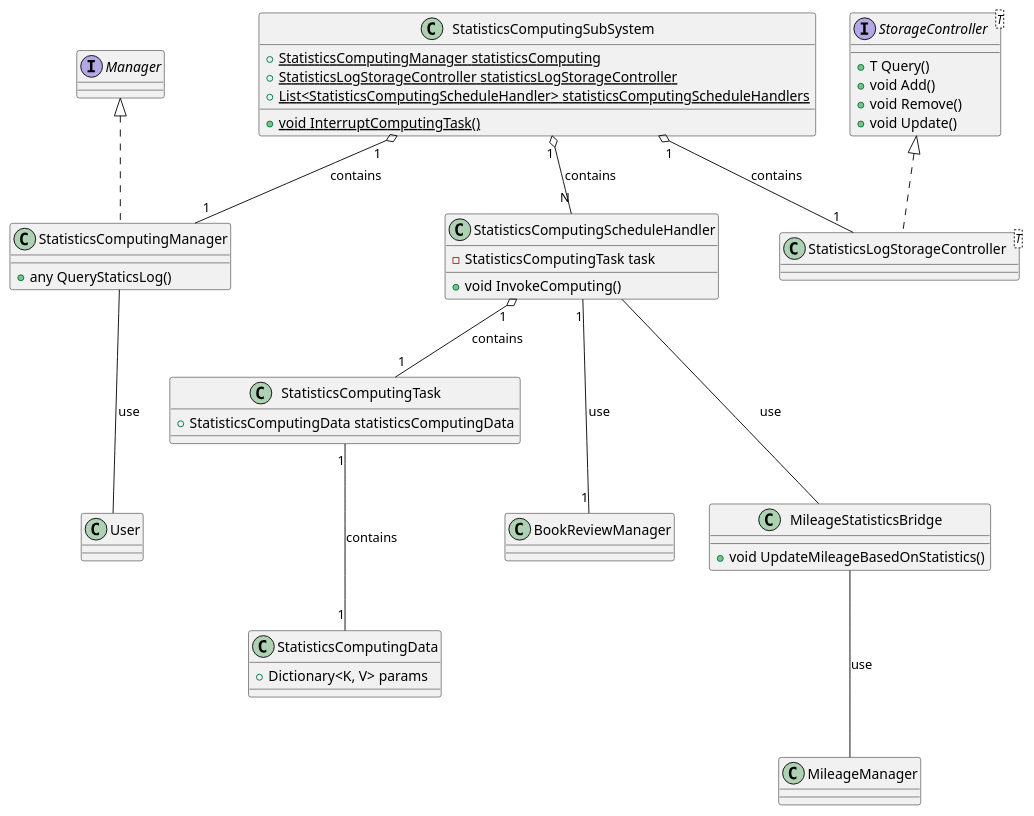
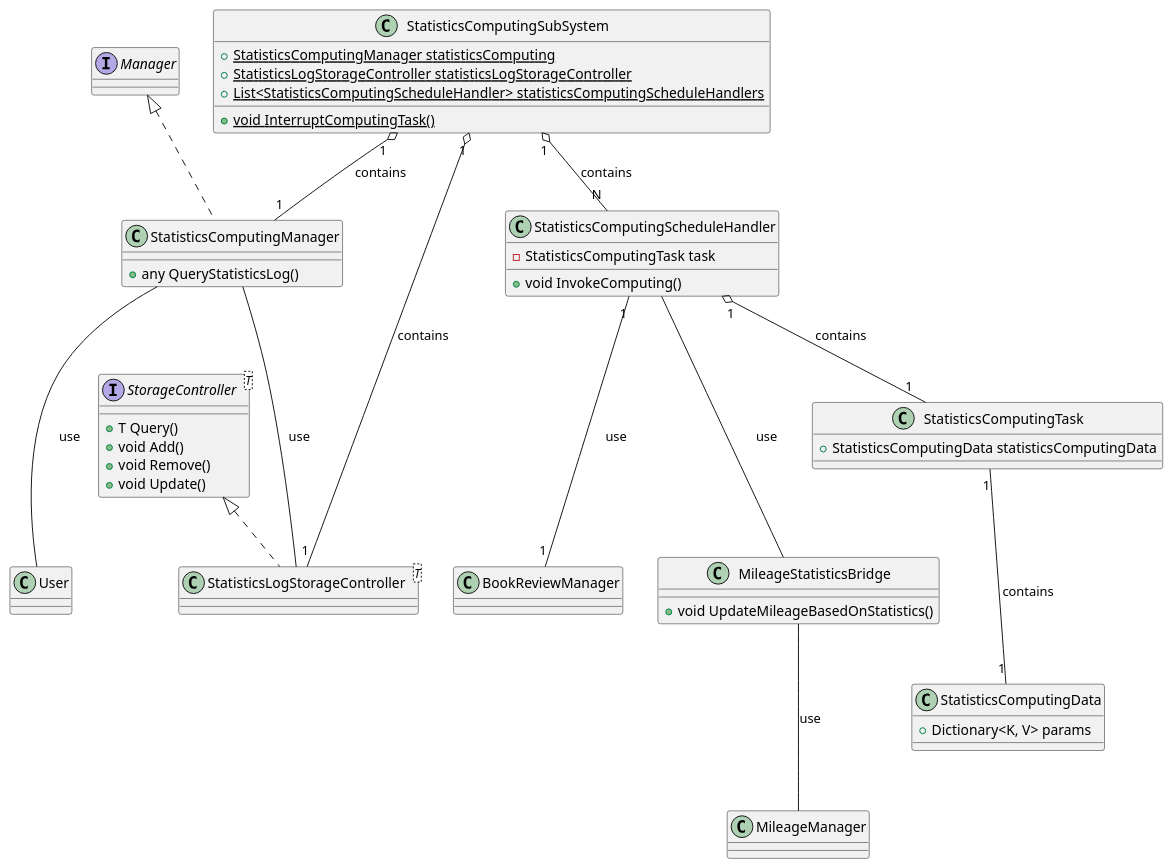
The diagram in src/Statistics.puml (ShapeLayer/se-lecture-task__project-structure-definitions), drawn with PlantUML before and after one commit. The commit also changed 8 other files, not shown here.

```diff
--- a/src/Statistics.puml
+++ b/src/Statistics.puml
@@ -1,59 +1,59 @@
 @startuml
 Interface Manager
 Interface StorageController<T> {
     + T Query()
     + void Add()
     + void Remove()
     + void Update()
 }
 
 ' MileageChangeBridge
 class MileageStatisticsBridge {
     + void UpdateMileageBasedOnStatistics()
 }
 MileageStatisticsBridge --- MileageManager : use
 
 ' Statistics
 
 class StatisticsComputingData {
     + Dictionary<K, V> params
 }
 
 class StatisticsComputingTask {
     + StatisticsComputingData statisticsComputingData
 }
 
 StatisticsComputingTask "1" --- "1" StatisticsComputingData : contains
 
 class StatisticsComputingManager implements Manager {
-    + any QueryStaticsLog()
+    + any QueryStatisticsLog()
 }
-
+StatisticsComputingManager --- StatisticsLogStorageController : use
 StatisticsComputingManager --- User : use
 
 ' Todo: StatisticsLog
 
 class StatisticsLogStorageController<T> implements StorageController {}
 
 class StatisticsComputingScheduleHandler {
     - StatisticsComputingTask task
     + void InvokeComputing()
 }
 
 StatisticsComputingScheduleHandler "1" --- "1" BookReviewManager : use
 StatisticsComputingScheduleHandler "1" o-- "1" StatisticsComputingTask : contains
 StatisticsComputingScheduleHandler --- MileageStatisticsBridge : use
 
 ' StatisticsComputing SubSystem
 class StatisticsComputingSubSystem {
     + {static} StatisticsComputingManager statisticsComputing
     + {static} StatisticsLogStorageController statisticsLogStorageController
     + {static} List<StatisticsComputingScheduleHandler> statisticsComputingScheduleHandlers
     + {static} void InterruptComputingTask()
 }
 
 StatisticsComputingSubSystem "1" o-- "1" StatisticsComputingManager : contains
 StatisticsComputingSubSystem "1" o-- "1" StatisticsLogStorageController : contains
 StatisticsComputingSubSystem "1" o-- "N" StatisticsComputingScheduleHandler : contains
 
 @enduml
```
